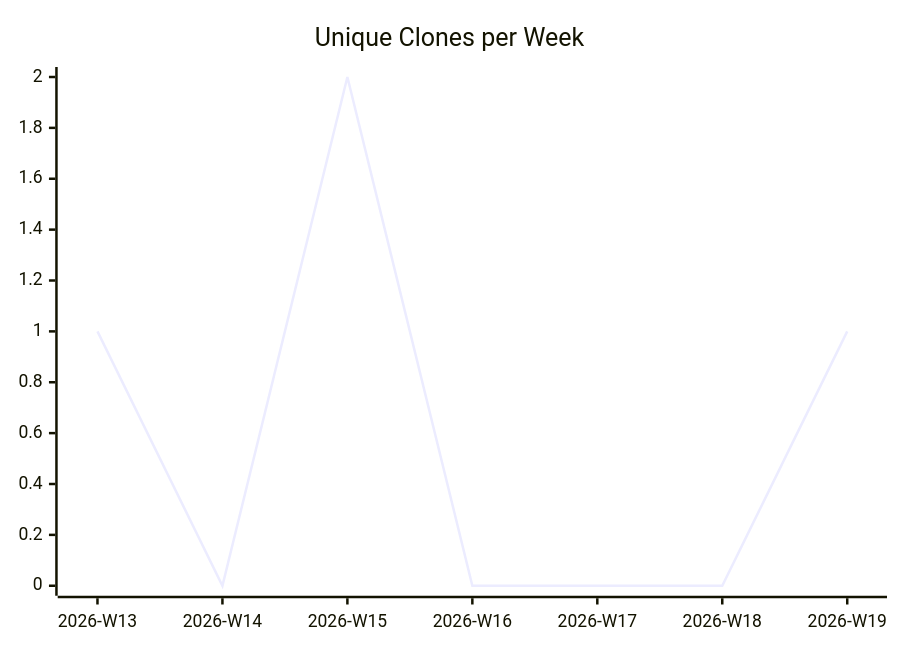
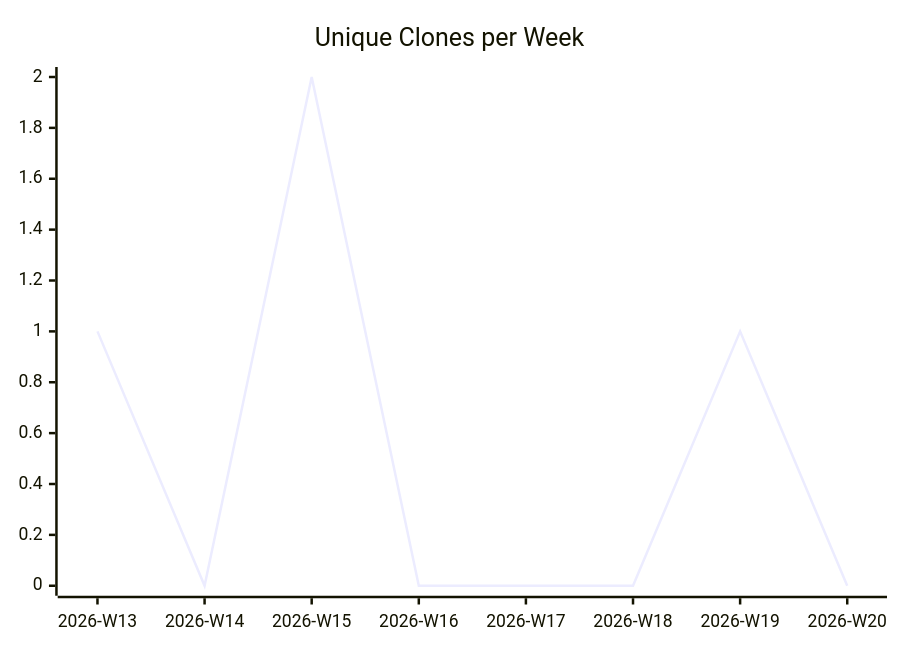
Before and after one commit to justdavis-family/github-analytics-data: the third of 3 diagrams in karlmdavis/puppet-archive/README.md, drawn with Mermaid. The commit also changed other lines of this file and 176 other files, not shown here.

````diff
--- a/karlmdavis/puppet-archive/README.md
+++ b/karlmdavis/puppet-archive/README.md
@@ -19,6 +19,6 @@
 ```mermaid
 xychart-beta
   title "Unique Clones per Week"
-  x-axis ["2026-W13", "2026-W14", "2026-W15", "2026-W16", "2026-W17", "2026-W18", "2026-W19"]
-  line [1, 0, 2, 0, 0, 0, 1]
+  x-axis ["2026-W13", "2026-W14", "2026-W15", "2026-W16", "2026-W17", "2026-W18", "2026-W19", "2026-W20"]
+  line [1, 0, 2, 0, 0, 0, 1, 0]
 ```
````
